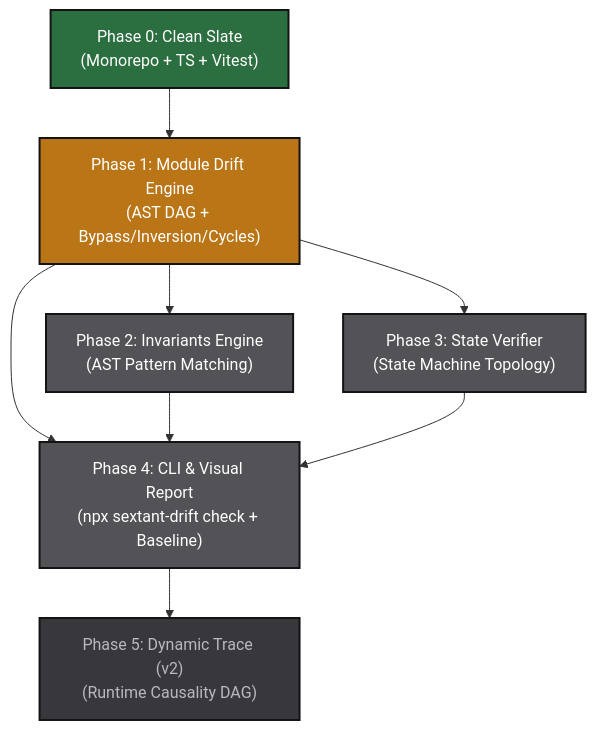
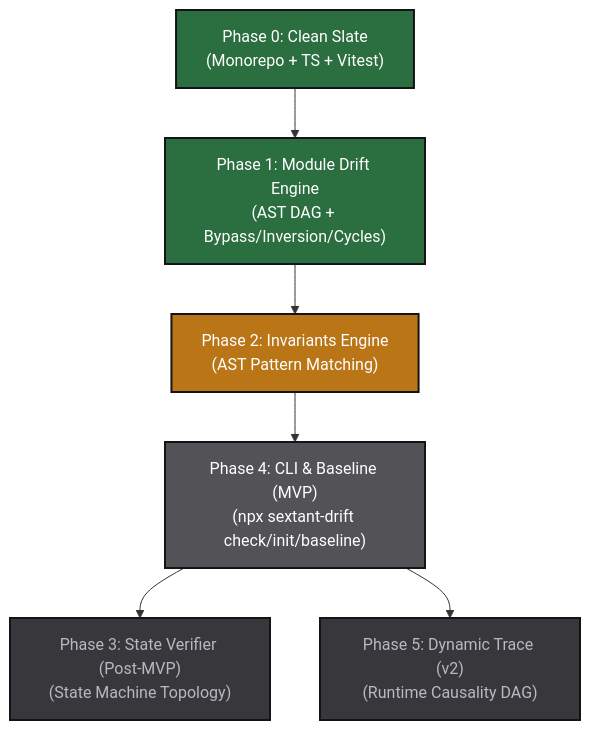
The diagram in ROADMAP.md (blacktea1526/SextantDrift), drawn with Mermaid before and after one commit. The commit also changed other lines of this file and 35 other files, not shown here.

Commit message:
feat(core): implement Phase 2 Invariants Engine (DSL, sequence, import, and config matchers)

````diff
--- a/ROADMAP.md
+++ b/ROADMAP.md
@@ -40,17 +40,15 @@
 ```mermaid
 graph TD
     P0["Phase 0: Clean Slate<br/>(Monorepo + TS + Vitest)"] --> P1["Phase 1: Module Drift Engine<br/>(AST DAG + Bypass/Inversion/Cycles)"]
     P1 --> P2["Phase 2: Invariants Engine<br/>(AST Pattern Matching)"]
-    P1 --> P3["Phase 3: State Verifier<br/>(State Machine Topology)"]
-    P1 --> P4["Phase 4: CLI & Visual Report<br/>(npx sextant-drift check + Baseline)"]
-    P2 --> P4
-    P3 --> P4
+    P2 --> P4["Phase 4: CLI & Baseline (MVP)<br/>(npx sextant-drift check/init/baseline)"]
+    P4 --> P3["Phase 3: State Verifier (Post-MVP)<br/>(State Machine Topology)"]
     P4 --> P5["Phase 5: Dynamic Trace (v2)<br/>(Runtime Causality DAG)"]
 
     style P0 fill:#2B6E3F,stroke:#141416,stroke-width:2px,color:#FFFFFF
-    style P1 fill:#BA7517,stroke:#141416,stroke-width:2px,color:#FFFFFF
-    style P2 fill:#525257,stroke:#141416,stroke-width:2px,color:#FFFFFF
-    style P3 fill:#525257,stroke:#141416,stroke-width:2px,color:#FFFFFF
+    style P1 fill:#2B6E3F,stroke:#141416,stroke-width:2px,color:#FFFFFF
+    style P2 fill:#BA7517,stroke:#141416,stroke-width:2px,color:#FFFFFF
     style P4 fill:#525257,stroke:#141416,stroke-width:2px,color:#FFFFFF
+    style P3 fill:#38383C,stroke:#141416,stroke-width:2px,color:#B8B8C0
     style P5 fill:#38383C,stroke:#141416,stroke-width:2px,color:#B8B8C0
 ```
````
